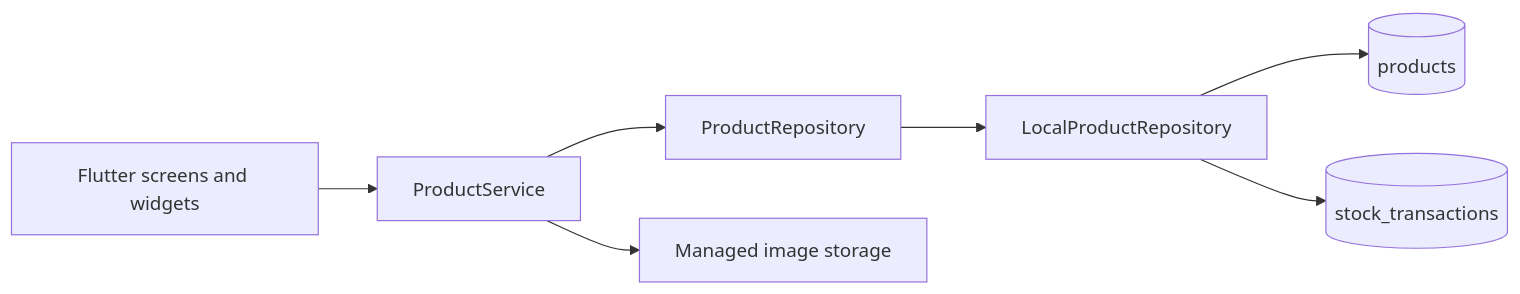
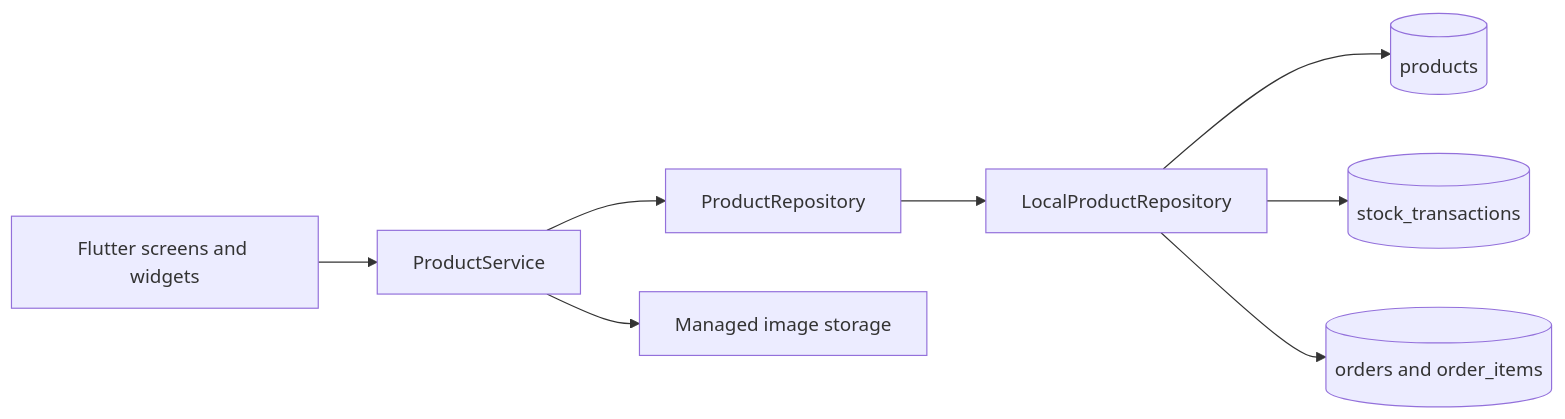
Before and after one commit to jrpbone/StockLens: the diagram in README.md, drawn with Mermaid. The commit also changed other lines of this file and 15 other files, not shown here.

````diff
--- a/README.md
+++ b/README.md
@@ -101,9 +112,10 @@
 ```mermaid
 flowchart LR
     UI[Flutter screens and widgets] --> Service[ProductService]
     Service --> Contract[ProductRepository]
     Contract --> Local[LocalProductRepository]
     Local --> Products[(products)]
     Local --> History[(stock_transactions)]
+    Local --> Orders[(orders and order_items)]
     Service --> Images[Managed image storage]
 ```
````
